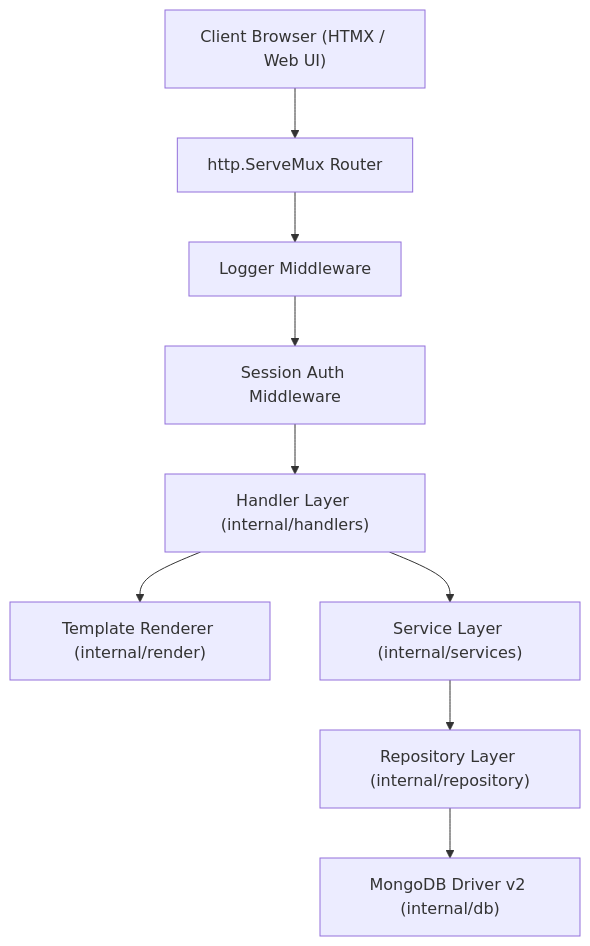
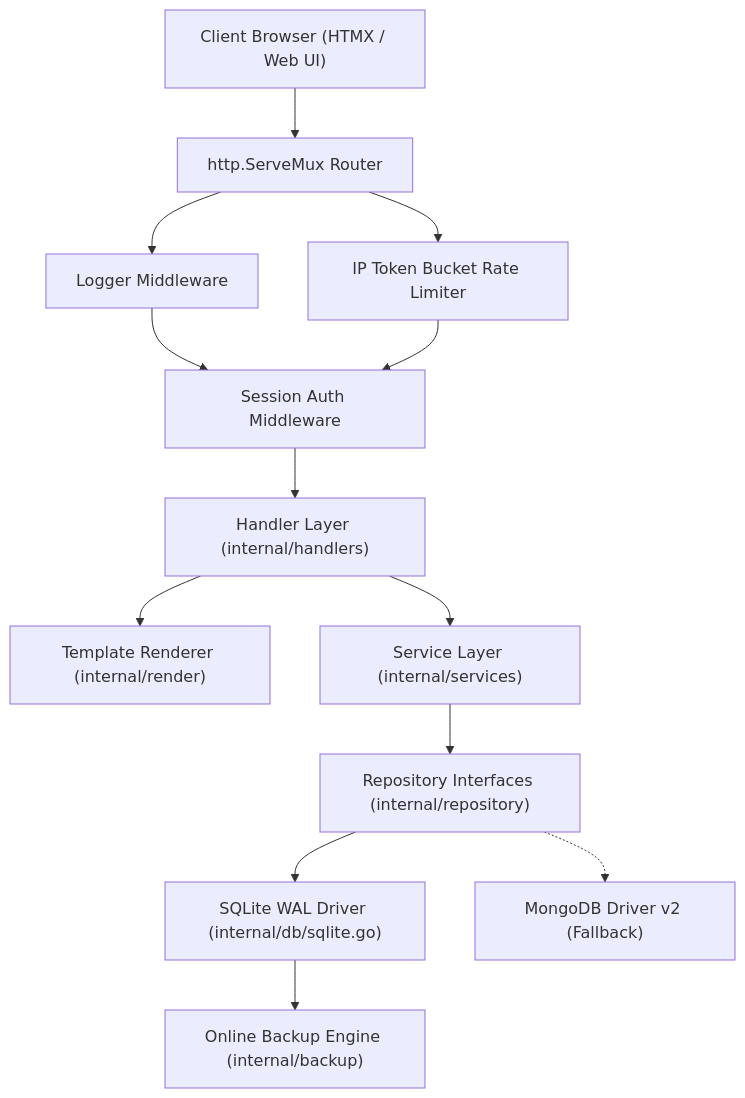
The diagram in .agents/skills/wedrink-codebase/references/architecture.md (Luyce13/wedrink), drawn with Mermaid before and after one commit. The commit also changed other lines of this file and 35 other files, not shown here.

First line of the commit message:
feat(database): implement high-performance pure-Go SQLite engine with fail-safe backups & migration

````diff
--- a/.agents/skills/wedrink-codebase/references/architecture.md
+++ b/.agents/skills/wedrink-codebase/references/architecture.md
@@ -11,11 +11,15 @@
 ```mermaid
 graph TD
     Client["Client Browser (HTMX / Web UI)"] --> Mux["http.ServeMux Router"]
     Mux --> LoggerMW["Logger Middleware"]
+    Mux --> RateLimitMW["IP Token Bucket Rate Limiter"]
     LoggerMW --> AuthMW["Session Auth Middleware"]
+    RateLimitMW --> AuthMW
     AuthMW --> Handlers["Handler Layer (internal/handlers)"]
     Handlers --> Render["Template Renderer (internal/render)"]
     Handlers --> Services["Service Layer (internal/services)"]
-    Services --> Repos["Repository Layer (internal/repository)"]
-    Repos --> MongoDriver["MongoDB Driver v2 (internal/db)"]
+    Services --> Repos["Repository Interfaces (internal/repository)"]
+    Repos --> SQLiteDriver["SQLite WAL Driver (internal/db/sqlite.go)"]
+    Repos -.-> MongoDriver["MongoDB Driver v2 (Fallback)"]
+    SQLiteDriver --> BackupEngine["Online Backup Engine (internal/backup)"]
 ```
````
